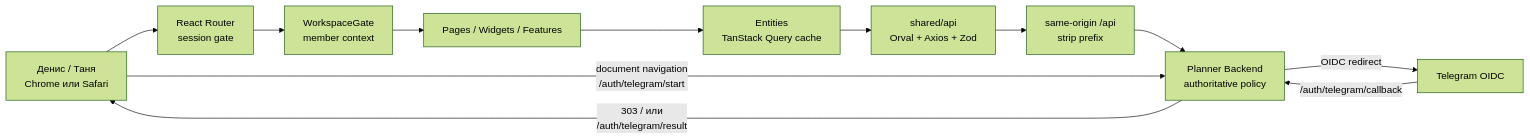
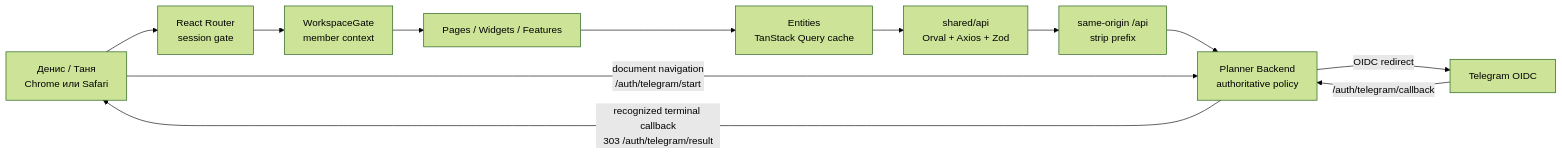
Before and after one commit to DenisChernykh/planner-frontend: the first of 3 diagrams in TECHNICAL_DESIGN.md, drawn with Mermaid (forest theme). The commit also changed other lines of this file and 6 other files, not shown here.

````diff
--- a/TECHNICAL_DESIGN.md
+++ b/TECHNICAL_DESIGN.md
@@ -144,18 +144,18 @@
 ```mermaid
 flowchart LR
     U["Денис / Таня<br/>Chrome или Safari"]
     RR["React Router<br/>session gate"]
     WG["WorkspaceGate<br/>member context"]
     UI["Pages / Widgets / Features"]
     EQ["Entities<br/>TanStack Query cache"]
     API["shared/api<br/>Orval + Axios + Zod"]
     PX["same-origin /api<br/>strip prefix"]
     BE["Planner Backend<br/>authoritative policy"]
     TG["Telegram OIDC"]
 
     U --> RR --> WG --> UI --> EQ --> API --> PX --> BE
     U -->|"document navigation<br/>/auth/telegram/start"| BE
     BE -->|"OIDC redirect"| TG
     TG -->|"/auth/telegram/callback"| BE
-    BE -->|"303 / или<br/>/auth/telegram/result"| U
+    BE -->|"recognized terminal callback<br/>303 /auth/telegram/result"| U
 ```
````
